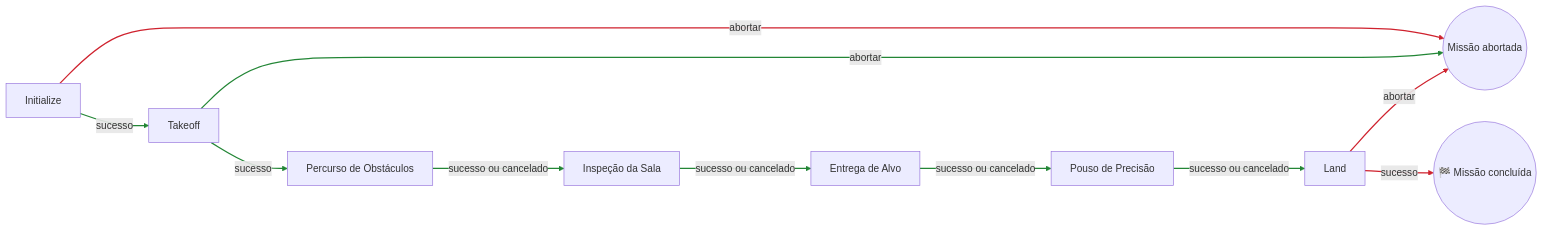
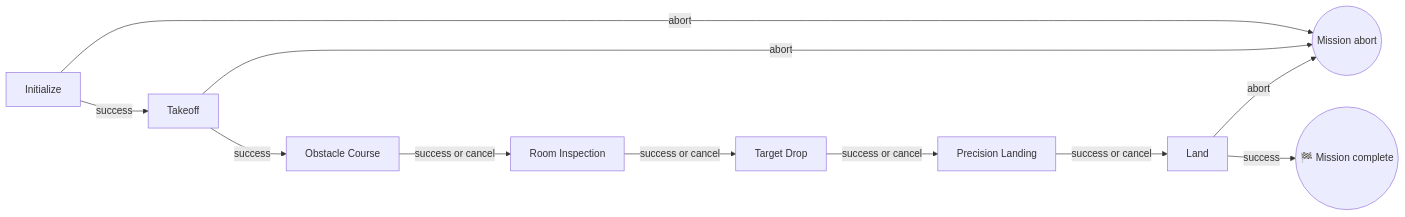
The second of 7 diagrams in indoor/README.md (Black-Bee-Drones/imav-2026), drawn with Mermaid before and after one commit. The commit also changed other lines of this file and 13 other files, not shown here.

````diff
--- a/indoor/README.md
+++ b/indoor/README.md
@@ -143,16 +135,13 @@
 ```mermaid
 flowchart LR
-    A[Initialize] -->|sucesso| B[Takeoff]
-    B -->|sucesso| C[Percurso de Obstáculos]
-    C -->|sucesso ou cancelado| D[Inspeção da Sala]
-    D -->|sucesso ou cancelado| E[Entrega de Alvo]
-    E -->|sucesso ou cancelado| F[Pouso de Precisão]
-    F -->|sucesso ou cancelado| G[Land]
-    A -->|abortar| X((Missão abortada))
-    B -->|abortar| X
-    G -->|abortar| X
-    G -->|sucesso| Y((🏁 Missão concluída))
-
-    linkStyle 0,1,2,3,4,5,7 stroke:#238636,stroke-width:2px
-    linkStyle 6,8,9 stroke:#cf222e,stroke-width:2px
+    A[Initialize] -->|success| B[Takeoff]
+    B -->|success| C[Obstacle Course]
+    C -->|success or cancel| D[Room Inspection]
+    D -->|success or cancel| E[Target Drop]
+    E -->|success or cancel| F[Precision Landing]
+    F -->|success or cancel| G[Land]
+    A -->|abort| X((Mission abort))
+    B -->|abort| X
+    G -->|abort| X
+    G -->|success| Y((🏁 Mission complete))
 ```
````
